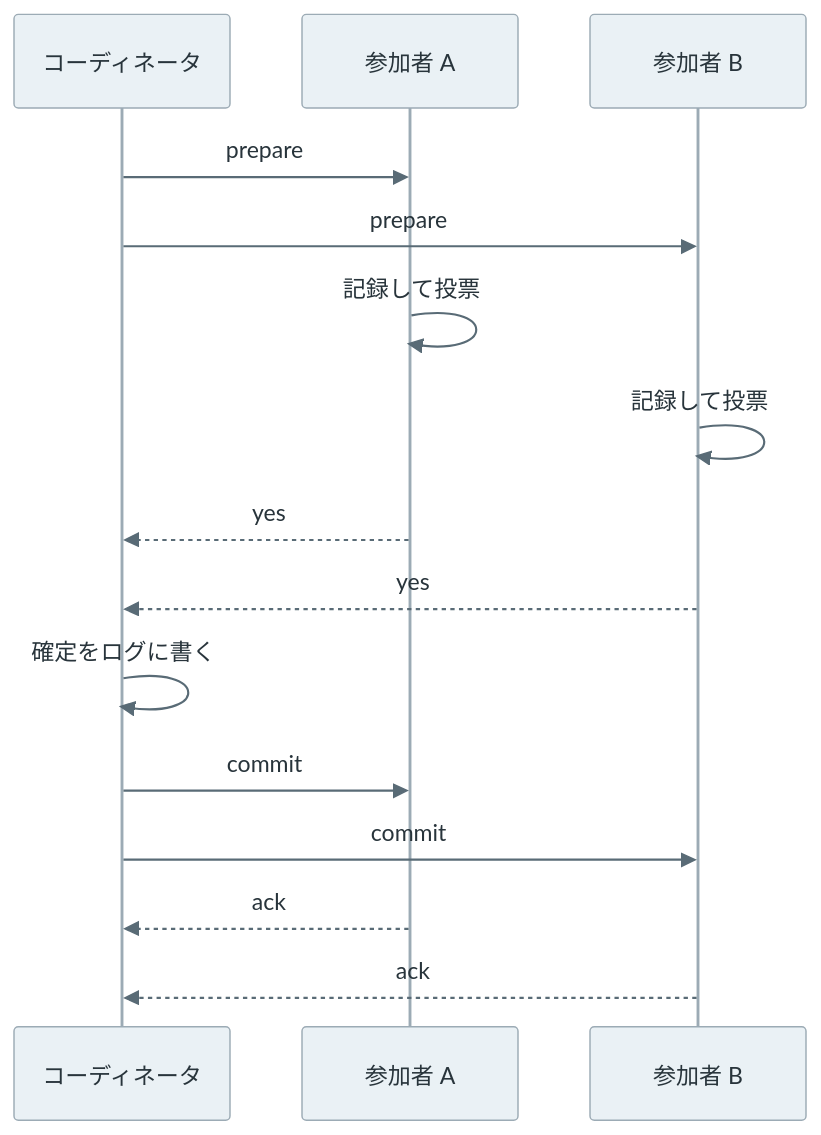
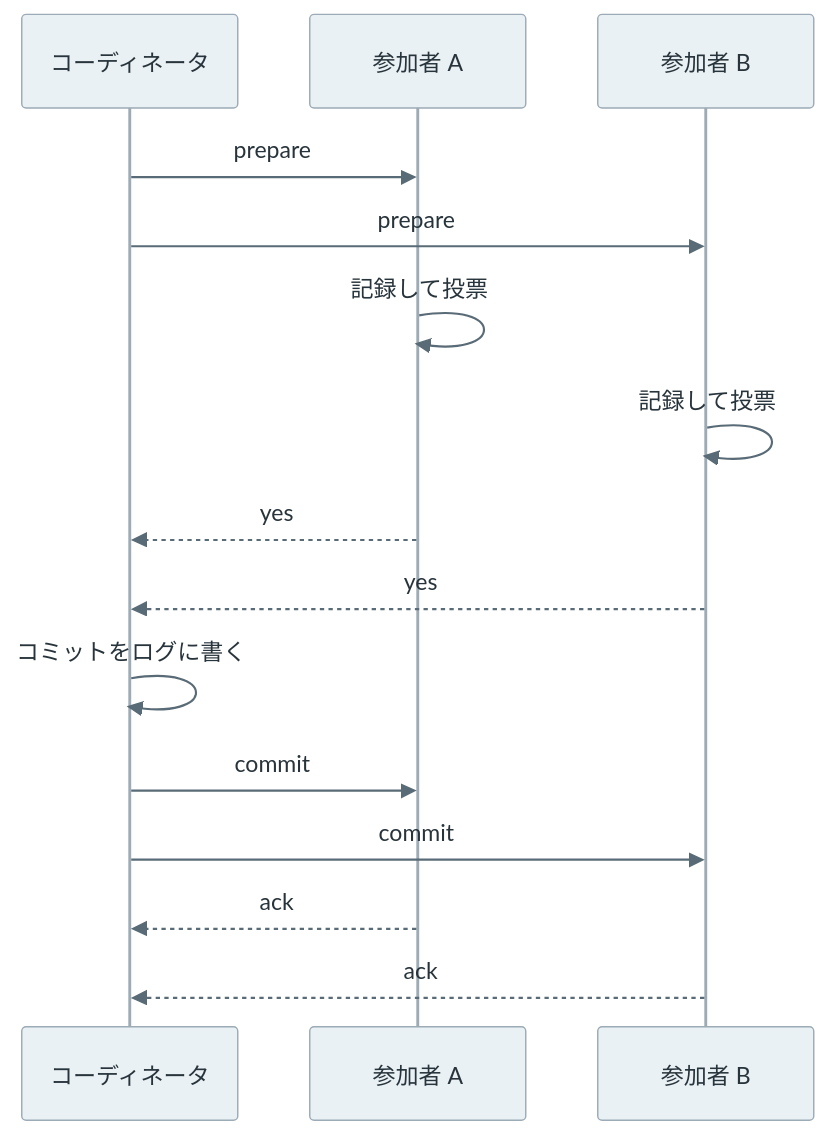
The fourth of 6 diagrams in content/notes/distributed-systems/two-phase-commit/index.md (nao1215/debimate), drawn with Mermaid before and after one commit. The commit also changed other lines of this file, not shown here.

````diff
--- a/content/notes/distributed-systems/two-phase-commit/index.md
+++ b/content/notes/distributed-systems/two-phase-commit/index.md
@@ -127,18 +127,18 @@
 ```mermaid
 %%{init: {"theme":"base","themeVariables":{"primaryColor":"#eaf1f5","primaryTextColor":"#28343b","primaryBorderColor":"#9cabb5","lineColor":"#596b76","textColor":"#28343b","actorBkg":"#eaf1f5","actorBorder":"#9cabb5","actorTextColor":"#28343b","actorLineColor":"#9cabb5","signalColor":"#596b76","signalTextColor":"#28343b","noteBkgColor":"#f7f1e5","noteBorderColor":"#c5b99b","noteTextColor":"#403c32","activationBkgColor":"#edf3ef","activationBorderColor":"#9aafa1"}}}%%
 sequenceDiagram
     participant C as コーディネータ
     participant P1 as 参加者 A
     participant P2 as 参加者 B
     C->>P1: prepare
     C->>P2: prepare
     P1->>P1: 記録して投票
     P2->>P2: 記録して投票
     P1-->>C: yes
     P2-->>C: yes
-    C->>C: 確定をログに書く
+    C->>C: コミットをログに書く
     C->>P1: commit
     C->>P2: commit
     P1-->>C: ack
     P2-->>C: ack
 ```
````
